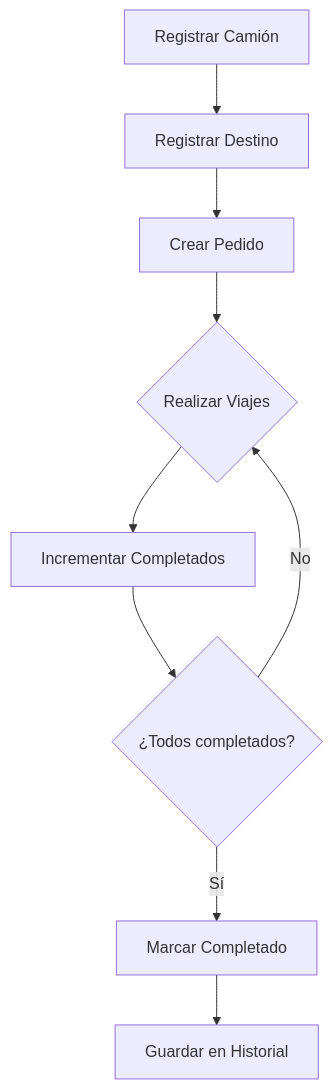
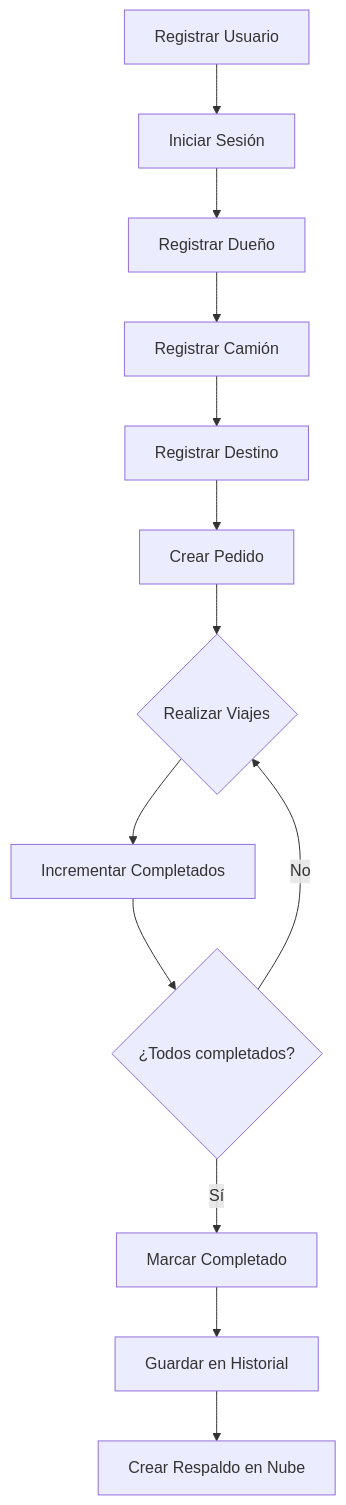
Before and after one commit to RaudyCode/Smallbtrucks: the diagram in README.md, drawn with Mermaid. The commit also changed other lines of this file, not shown here.

````diff
--- a/README.md
+++ b/README.md
@@ -238,11 +349,15 @@
 ```mermaid
 graph TD
-    A[Registrar Camión] --> B[Registrar Destino]
-    B --> C[Crear Pedido]
-    C --> D{Realizar Viajes}
-    D --> E[Incrementar Completados]
-    E --> F{¿Todos completados?}
-    F -->|Sí| G[Marcar Completado]
-    F -->|No| D
-    G --> H[Guardar en Historial]
+    A[Registrar Usuario] --> B[Iniciar Sesión]
+    B --> C[Registrar Dueño]
+    C --> D[Registrar Camión]
+    D --> E[Registrar Destino]
+    E --> F[Crear Pedido]
+    F --> G{Realizar Viajes}
+    G --> H[Incrementar Completados]
+    H --> I{¿Todos completados?}
+    I -->|Sí| J[Marcar Completado]
+    I -->|No| G
+    J --> K[Guardar en Historial]
+    K --> L[Crear Respaldo en Nube]
 ```
````
